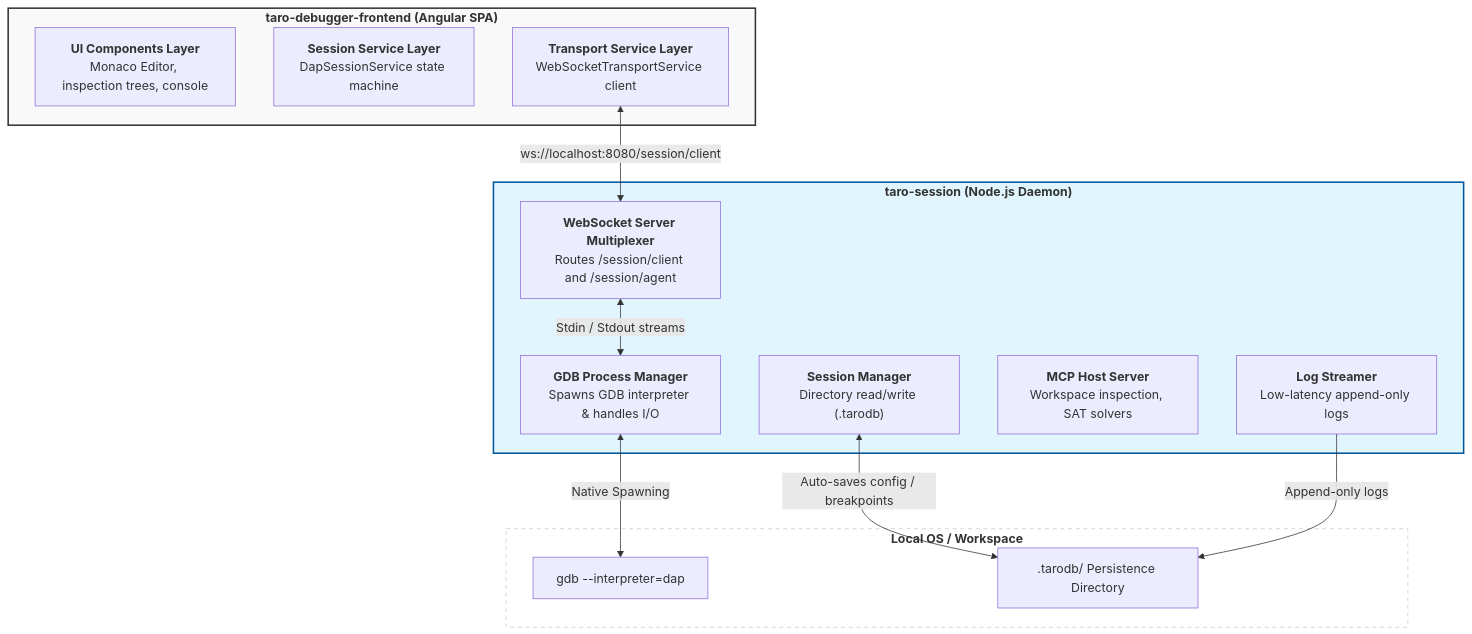
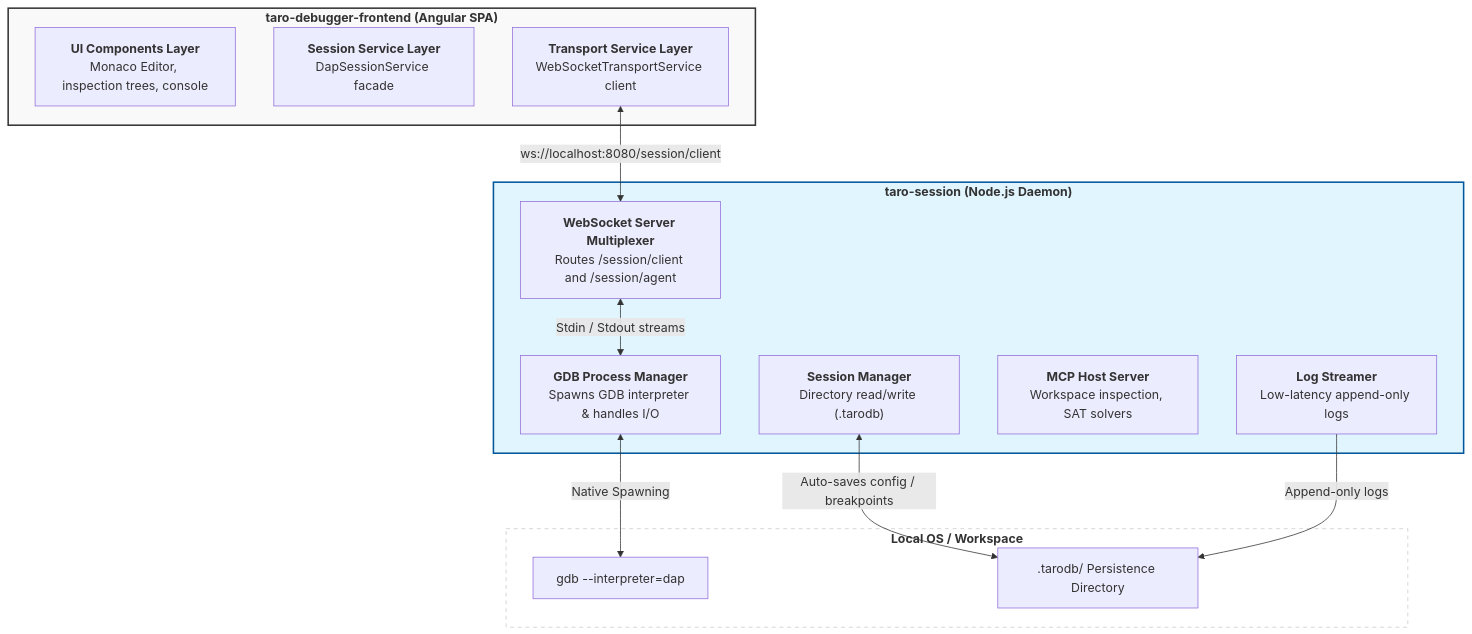
The diagram in docs/architecture.md (tangpo387-arch/taro-debugger), drawn with Mermaid before and after one commit. The commit also changed 19 other files, not shown here.

Commit message:
refactor: extract DapExecutionController and DapSessionLifecycle services and convert DapSessionService into a facade to fix DI isolation and session management bugs

````diff
--- a/docs/architecture.md
+++ b/docs/architecture.md
@@ -27,31 +27,31 @@
 ```mermaid
 graph TB
     subgraph Browser ["<b>taro-debugger-frontend (Angular SPA)</b>"]
         UI["<b>UI Components Layer</b><br/>Monaco Editor, inspection trees, console"]
-        Session["<b>Session Service Layer</b><br/>DapSessionService state machine"]
+        Session["<b>Session Service Layer</b><br/>DapSessionService facade"]
         Transport["<b>Transport Service Layer</b><br/>WebSocketTransportService client"]
     end
 
     subgraph Daemon ["<b>taro-session (Node.js Daemon)</b>"]
         Server["<b>WebSocket Server Multiplexer</b><br/>Routes /session/client and /session/agent"]
         SessManager["<b>Session Manager</b><br/>Directory read/write (.tarodb)"]
         GdbManager["<b>GDB Process Manager</b><br/>Spawns GDB interpreter & handles I/O"]
         McpHost["<b>MCP Host Server</b><br/>Workspace inspection, SAT solvers"]
         Logger["<b>Log Streamer</b><br/>Low-latency append-only logs"]
     end
 
     subgraph LocalOS ["<b>Local OS / Workspace</b>"]
         GDB["gdb --interpreter=dap"]
         FS[".tarodb/ Persistence Directory"]
     end
 
     Transport <--> |"ws://localhost:8080/session/client"| Server
     Server <--> |"Stdin / Stdout streams"| GdbManager
     GdbManager <--> |"Native Spawning"| GDB
     SessManager <--> |"Auto-saves config / breakpoints"| FS
     Logger --> |"Append-only logs"| FS
 
     style Browser fill:#f9f9f9,stroke:#333,stroke-width:2px
     style Daemon fill:#e1f5fe,stroke:#01579b,stroke-width:2px
     style LocalOS fill:#fff,stroke:#ccc,stroke-dasharray: 5 5
 ```
````
